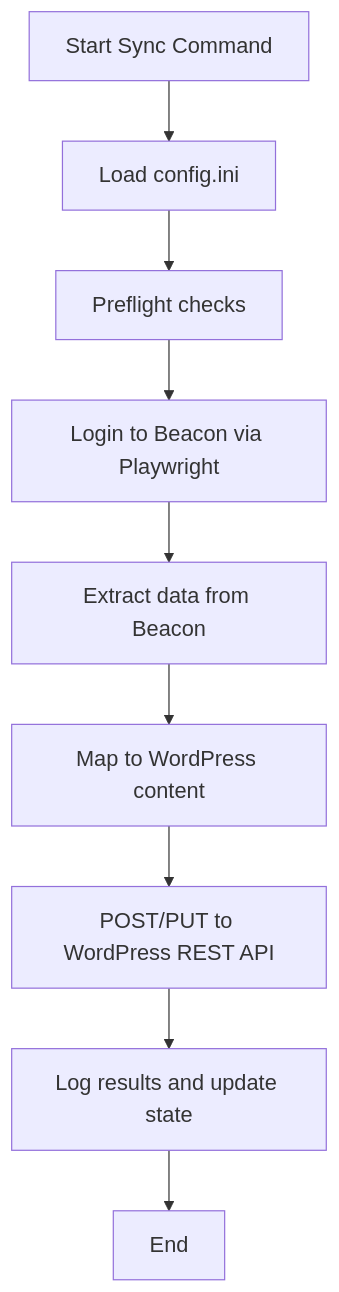
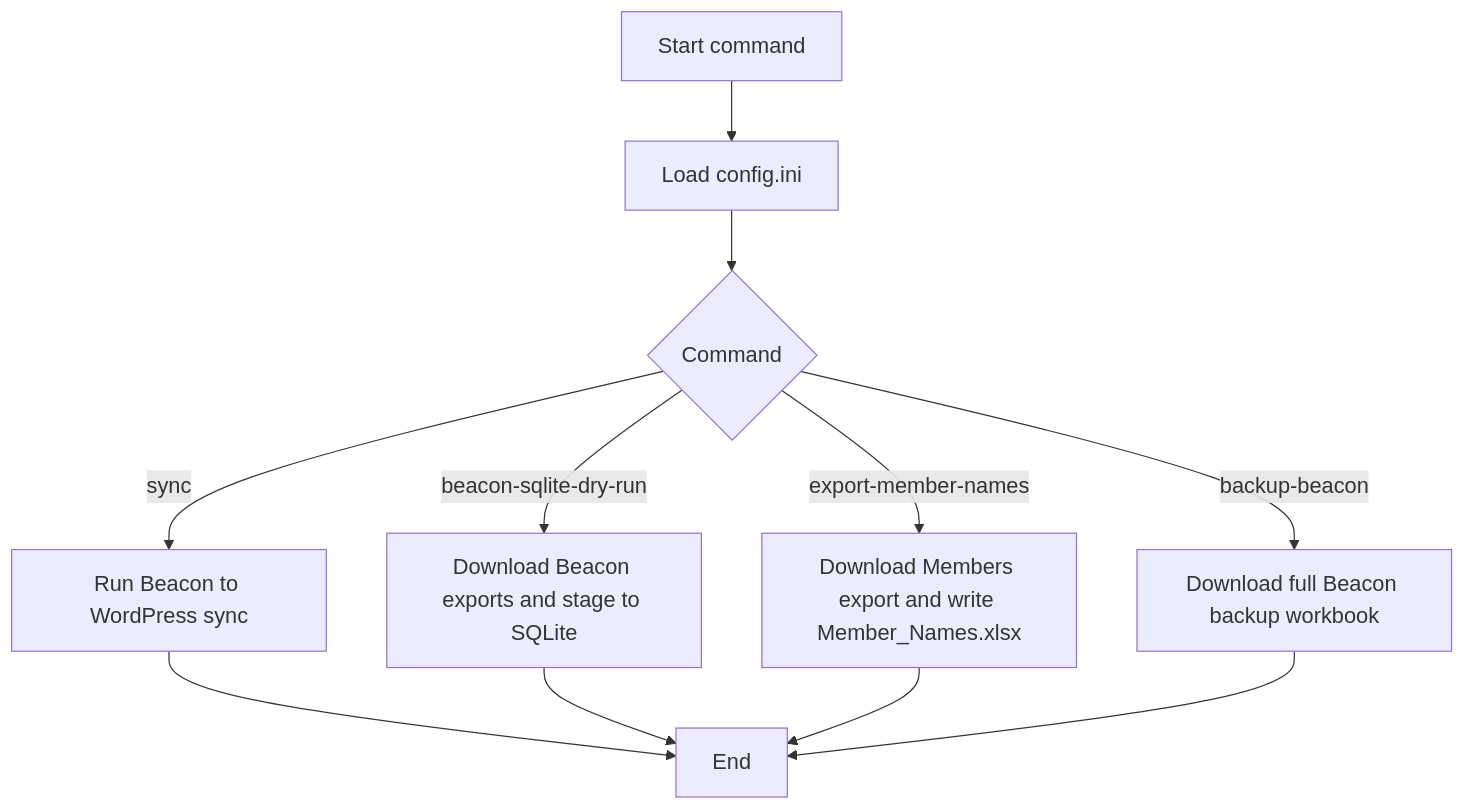
One commit to PetersfieldU3A/BeaconUtilities changed the first of 3 diagrams in docs/Appendices/4_ProcessFlow.md. Above: the diagram before and after it, drawn with Mermaid. The commit also changed other lines of this file and 27 other files, not shown here.

First line of the commit message:
Rel: 0.0.4 Beacon Backup implemented Installation scripts improved Documentation updated

````diff
--- a/docs/Appendices/4_ProcessFlow.md
+++ b/docs/Appendices/4_ProcessFlow.md
@@ -9,12 +9,14 @@
 ```mermaid
 %%{init: {"themeVariables": {"fontSize": "18px"}}}%%
 graph TD
-    A[Start Sync Command] --> B[Load config.ini]
-    B --> C[Preflight checks]
-    C --> D[Login to Beacon via Playwright]
-    D --> E[Extract data from Beacon]
-    E --> F[Map to WordPress content]
-    F --> G[POST/PUT to WordPress REST API]
-    G --> H[Log results and update state]
-    H --> I[End]
+    A[Start command] --> B[Load config.ini]
+    B --> C{Command}
+    C -->|sync| D[Run Beacon to WordPress sync]
+    C -->|beacon-sqlite-dry-run| E[Download Beacon exports and stage to SQLite]
+    C -->|export-member-names| F[Download Members export and write Member_Names.xlsx]
+    C -->|backup-beacon| G[Download full Beacon backup workbook]
+    D --> H[End]
+    E --> H
+    F --> H
+    G --> H
 ```
````
